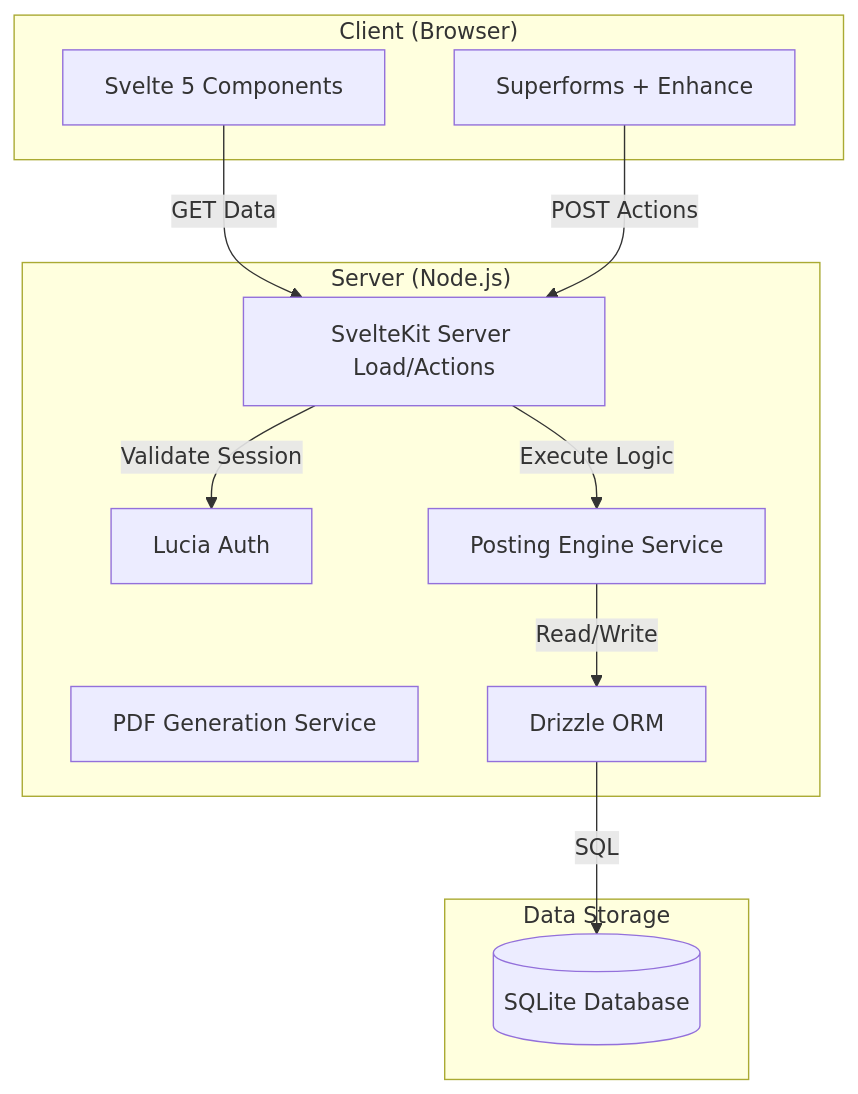
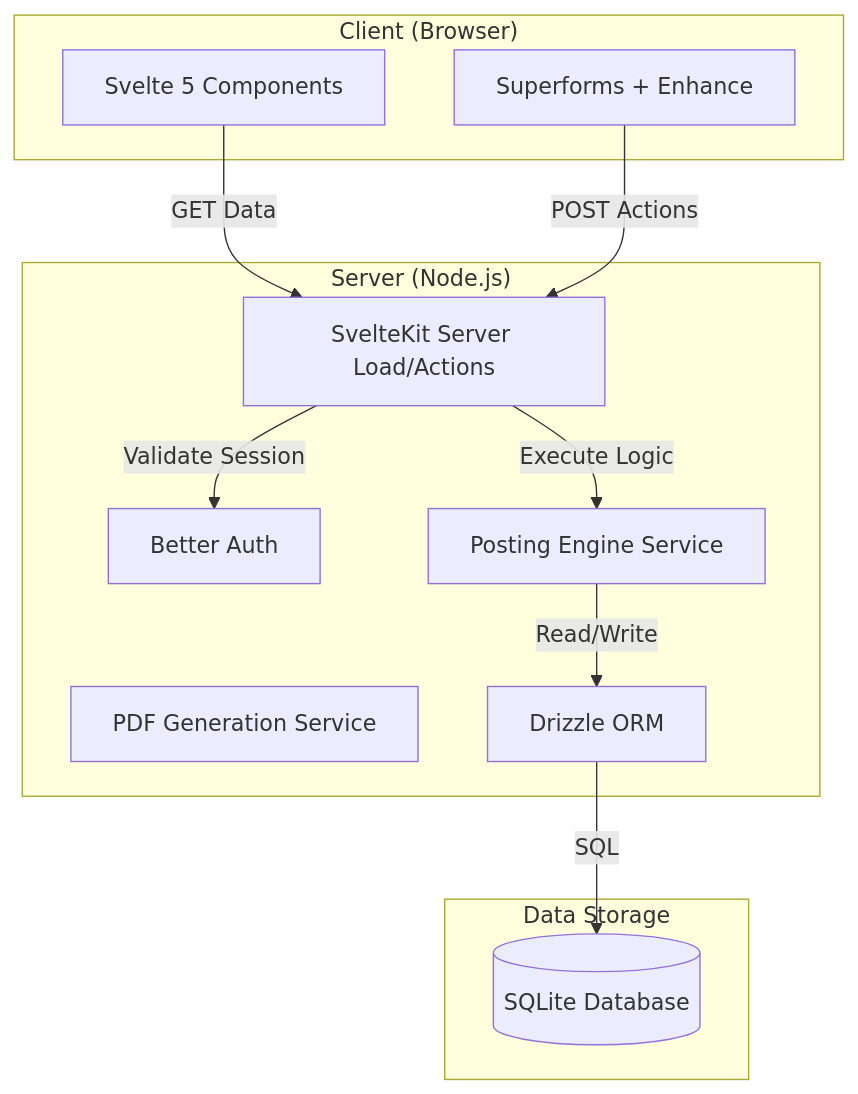
One commit to tahur/slate changed the diagram in docs/ARCHITECTURE.md. Above: the diagram before and after it, drawn with Mermaid. The commit also changed other lines of this file and 1 other file, not shown here.

Commit message:
docs: update auth references from Lucia to Better Auth

````diff
--- a/docs/ARCHITECTURE.md
+++ b/docs/ARCHITECTURE.md
@@ -25,26 +25,26 @@
 ```mermaid
 graph TB
     subgraph "Client (Browser)"
         UI[Svelte 5 Components]
         Forms[Superforms + Enhance]
     end
     
     subgraph "Server (Node.js)"
         API[SvelteKit Server Load/Actions]
-        Auth[Lucia Auth]
+        Auth[Better Auth]
         Logic[Posting Engine Service]
         PDF[PDF Generation Service]
         DB_Layer[Drizzle ORM]
     end
     
     subgraph "Data Storage"
         SQLite[(SQLite Database)]
     end
 
     UI -->|GET Data| API
     Forms -->|POST Actions| API
     API -->|Validate Session| Auth
     API -->|Execute Logic| Logic
     Logic -->|Read/Write| DB_Layer
     DB_Layer -->|SQL| SQLite
 ```
````
